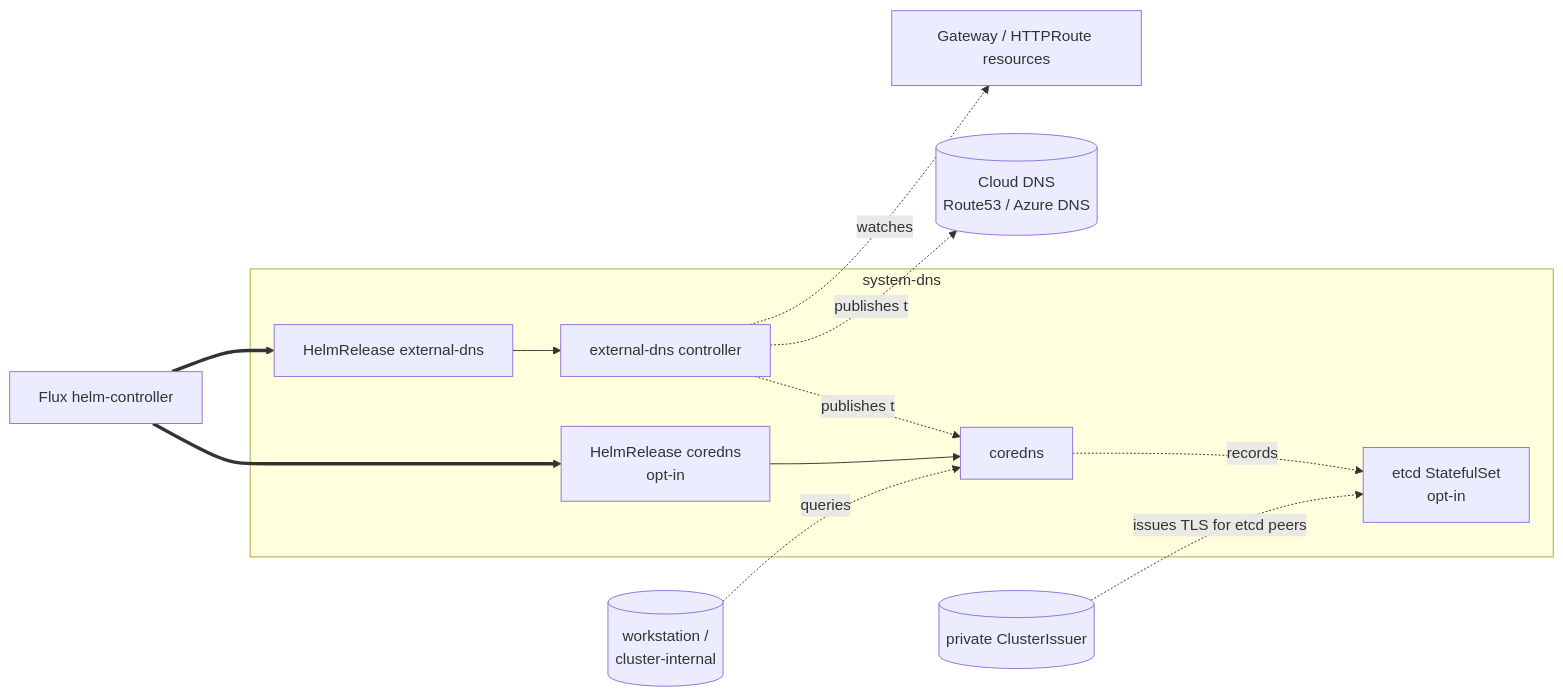
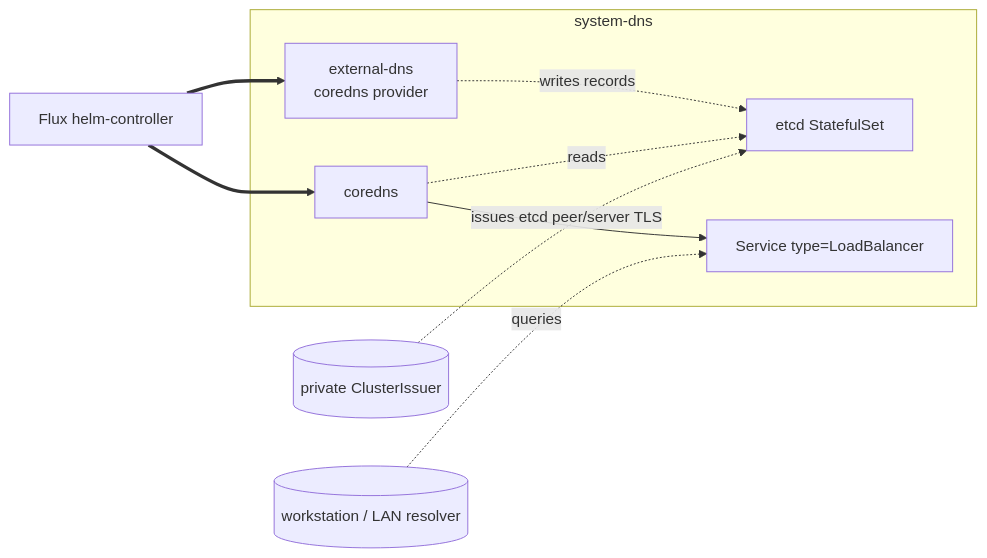
One commit to windsorcli/core changed the third of 3 diagrams in kustomize/dns/README.md. Above: the diagram before and after it, drawn with Mermaid. The commit also changed other lines of this file and 7 other files, not shown here.

````diff
--- a/kustomize/dns/README.md
+++ b/kustomize/dns/README.md
@@ -27,27 +103,22 @@
 ```mermaid
 flowchart LR
   flux[Flux helm-controller]
 
   subgraph systemdns[system-dns]
-    edns_hr[HelmRelease external-dns]
-    edns_pod[external-dns controller]
-    coredns_hr[HelmRelease coredns<br/>opt-in]
-    coredns_pod[coredns]
-    etcd[etcd StatefulSet<br/>opt-in]
+    edns[external-dns<br/>coredns provider]
+    coredns[coredns]
+    etcd[etcd StatefulSet]
+    lb[Service type=LoadBalancer]
   end
 
-  cloud[(Cloud DNS<br/>Route53 / Azure DNS)]
-  workstation[(workstation /<br/>cluster-internal)]
-  gateways[Gateway / HTTPRoute resources]
   pki[(private ClusterIssuer)]
+  resolver[(workstation / LAN resolver)]
 
-  flux ==> edns_hr & coredns_hr
-  edns_hr --> edns_pod
-  coredns_hr --> coredns_pod
-  coredns_pod -.records.-> etcd
-  edns_pod -.watches.-> gateways
-  edns_pod -.publishes to.-> cloud
-  edns_pod -.publishes to.-> coredns_pod
-  workstation -.queries.-> coredns_pod
-  pki -.issues TLS for etcd peers.-> etcd
+  flux ==> edns
+  flux ==> coredns
+  edns -.writes records.-> etcd
+  coredns -.reads.-> etcd
+  pki -.issues etcd peer/server TLS.-> etcd
+  coredns --> lb
+  resolver -.queries.-> lb
 ```
````
